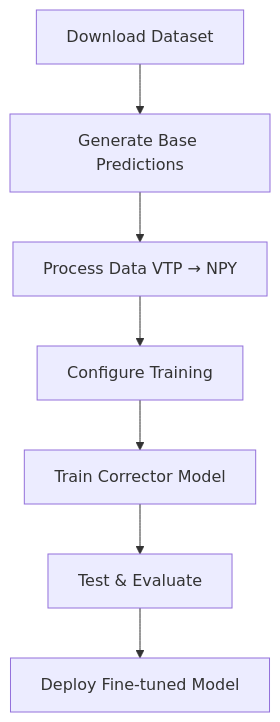
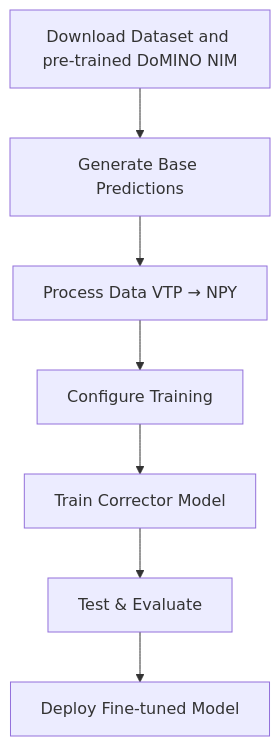
Before and after one commit to NVIDIA/physicsnemo: the diagram in examples/cfd/external_aerodynamics/domino_nim_finetuning/README.md, drawn with Mermaid. The commit also changed other lines of this file, not shown here.

````diff
--- a/examples/cfd/external_aerodynamics/domino_nim_finetuning/README.md
+++ b/examples/cfd/external_aerodynamics/domino_nim_finetuning/README.md
@@ -104,9 +102,9 @@
 ```mermaid
 graph TD
-    A[Download Dataset] --> B[Generate Base Predictions]
+    A[Download Dataset and pre-trained DoMINO NIM] --> B[Generate Base Predictions]
     B --> C[Process Data VTP → NPY]
     C --> D[Configure Training]
     D --> E[Train Corrector Model]
     E --> F[Test & Evaluate]
     F --> G[Deploy Fine-tuned Model]
 ```
````
